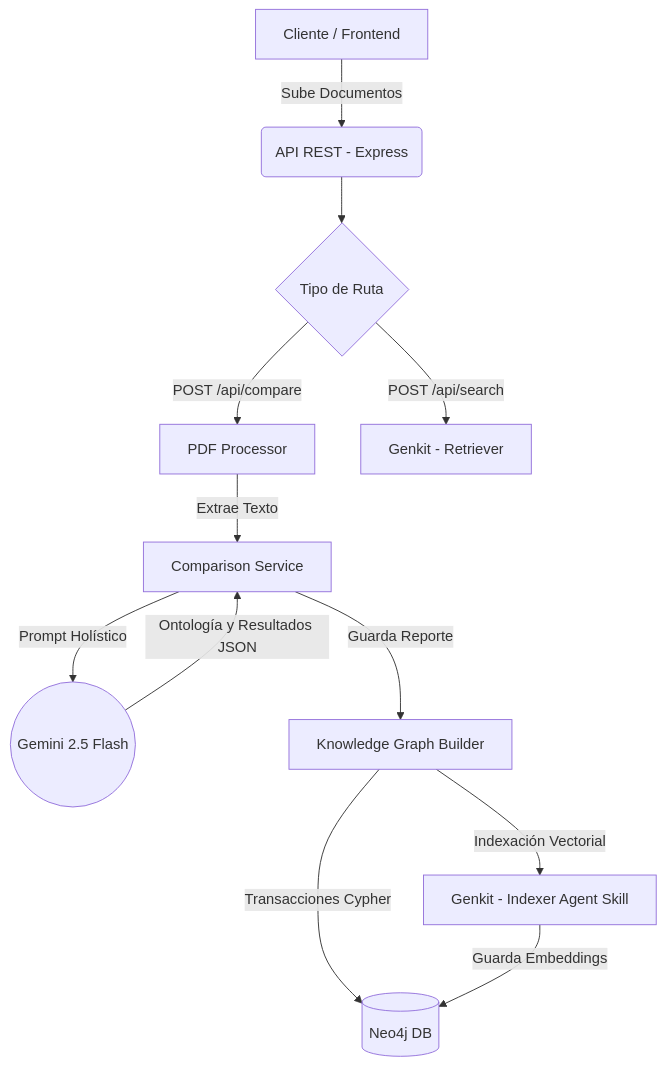
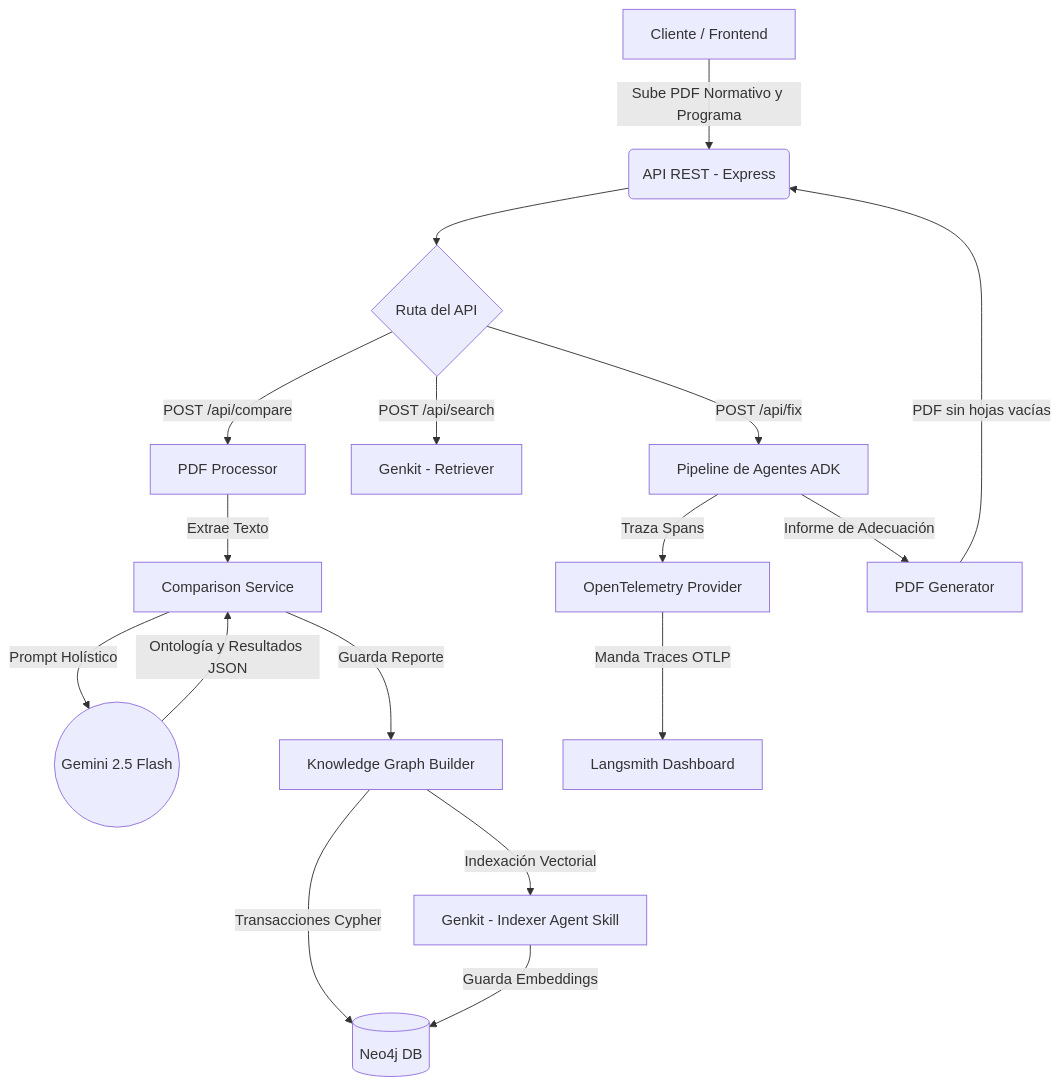
Before and after one commit to dracero/grafo-test: the first of 5 diagrams in README.md, drawn with Mermaid. The commit also changed other lines of this file and 8 other files, not shown here.

````diff
--- a/README.md
+++ b/README.md
@@ -13,16 +15,22 @@
 ```mermaid
 graph TD
-    A[Cliente / Frontend] -->|Sube Documentos| B(API REST - Express)
-    B --> C{Tipo de Ruta}
+    A[Cliente / Frontend] -->|Sube PDF Normativo y Programa| B(API REST - Express)
+    B --> C{Ruta del API}
     C -->|POST /api/compare| D[PDF Processor]
     C -->|POST /api/search| E[Genkit - Retriever]
+    C -->|POST /api/fix| K[Pipeline de Agentes ADK]
     
     D -->|Extrae Texto| F[Comparison Service]
     F -->|Prompt Holístico| G((Gemini 2.5 Flash))
     G -->|Ontología y Resultados JSON| F
     
     F -->|Guarda Reporte| H[Knowledge Graph Builder]
     H -->|Transacciones Cypher| I[(Neo4j DB)]
     H -->|Indexación Vectorial| J[Genkit - Indexer Agent Skill]
     J -->|Guarda Embeddings| I
+
+    K -->|Traza Spans| L[OpenTelemetry Provider]
+    L -->|Manda Traces OTLP| M[Langsmith Dashboard]
+    K -->|Informe de Adecuación| N[PDF Generator]
+    N -->|PDF sin hojas vacías| B
 ```
````
